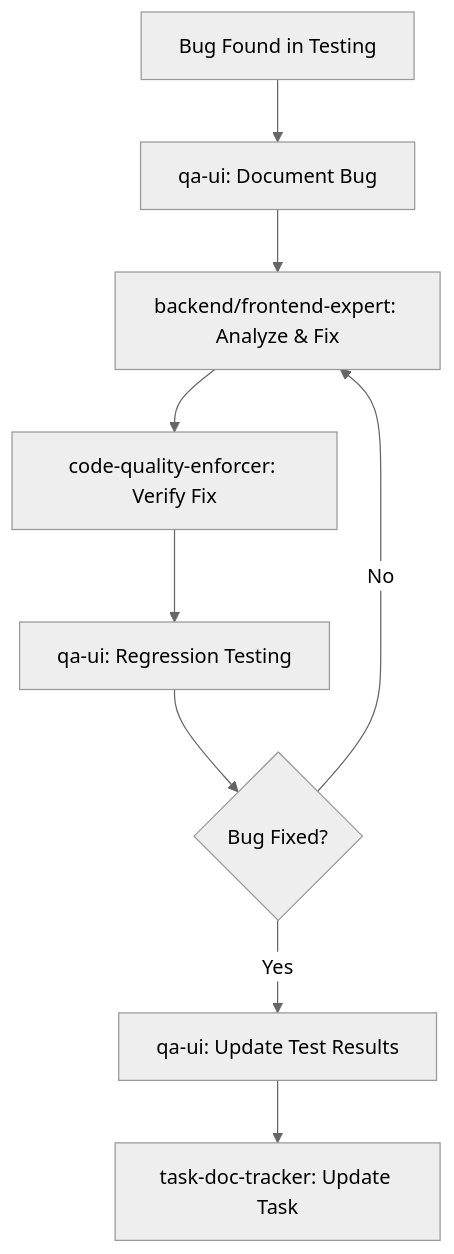
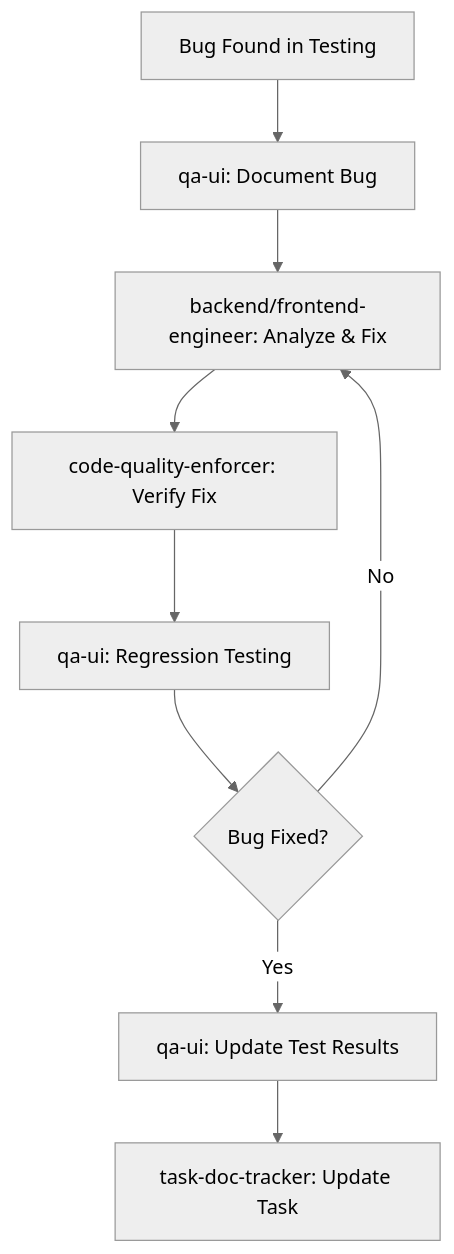
Before and after one commit to duongdev/nv-internal: the second of 2 diagrams in .claude/qa/IMPLEMENTATION-GUIDE.md, drawn with Mermaid (neutral theme). The commit also changed other lines of this file and 7 other files, not shown here.

First line of the commit message:
refactor(agents): rename expert agents to engineer naming convention

````diff
--- a/.claude/qa/IMPLEMENTATION-GUIDE.md
+++ b/.claude/qa/IMPLEMENTATION-GUIDE.md
@@ -243,11 +243,11 @@
 ```mermaid
 graph TD
     A[Bug Found in Testing] --> B[qa-ui: Document Bug]
-    B --> C[backend/frontend-expert: Analyze & Fix]
+    B --> C[backend/frontend-engineer: Analyze & Fix]
     C --> D[code-quality-enforcer: Verify Fix]
     D --> E[qa-ui: Regression Testing]
     E --> F{Bug Fixed?}
     F -->|No| C
     F -->|Yes| G[qa-ui: Update Test Results]
     G --> H[task-doc-tracker: Update Task]
 ```
````
